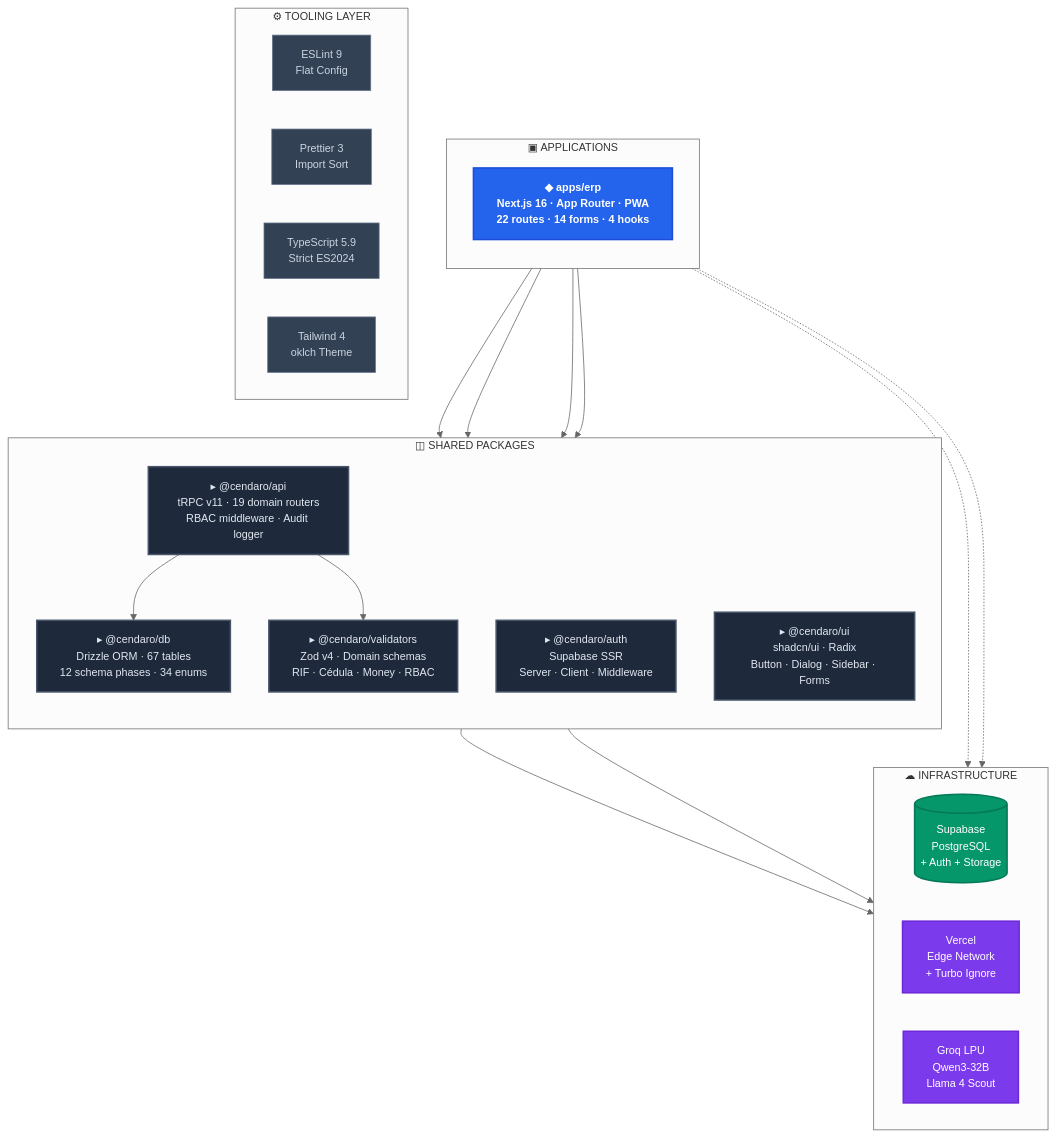
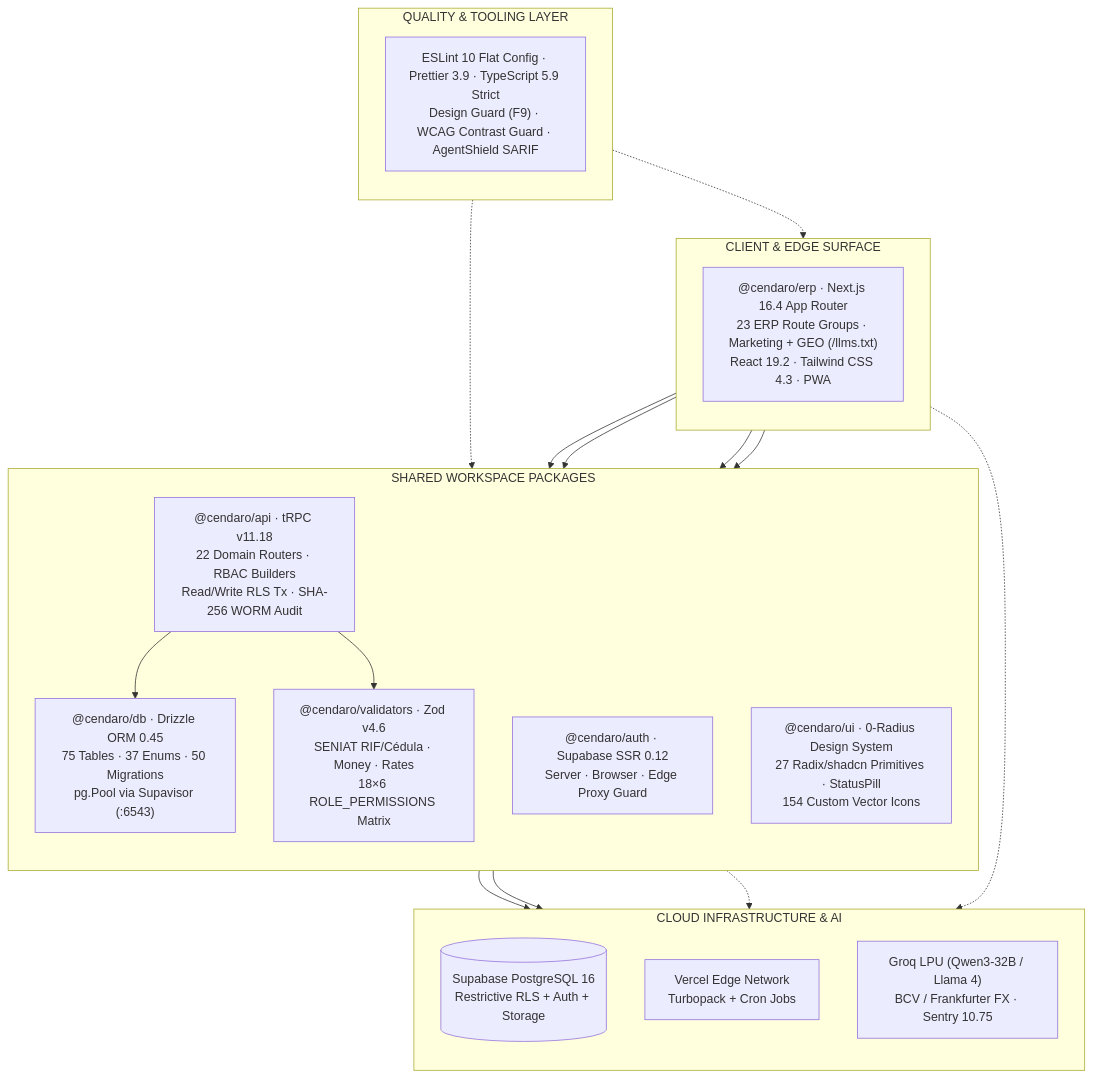
The first of 8 diagrams in README.md (jesusjosezapata99-jpg/Cendaro), drawn with Mermaid before and after one commit. The commit also changed other lines of this file and 49 other files, not shown here.

````diff
--- a/README.md
+++ b/README.md
@@ -123,50 +187,41 @@
 ```mermaid
-%%{init: {'theme': 'neutral', 'themeVariables': {'fontSize': '14px'}}}%%
-
-graph TB
-  classDef app fill:#2463eb,stroke:#1d4ed8,color:#fff,stroke-width:2px,font-weight:bold
-  classDef pkg fill:#1e293b,stroke:#475569,color:#e2e8f0,stroke-width:2px
-  classDef tool fill:#334155,stroke:#64748b,color:#cbd5e1,stroke-width:1px
-  classDef infra fill:#059669,stroke:#047857,color:#fff,stroke-width:2px
-  classDef external fill:#7c3aed,stroke:#6d28d9,color:#fff,stroke-width:2px
-
-  subgraph APPS["▣  APPLICATIONS"]
+flowchart TB
+  subgraph CLIENT["CLIENT & EDGE SURFACE"]
     direction TB
-    ERP["◆ apps/erp\nNext.js 16 · App Router · PWA\n22 routes · 14 forms · 4 hooks"]:::app
+    ERP["@cendaro/erp · Next.js 16.4 App Router<br/>23 ERP Route Groups · Marketing + GEO (/llms.txt)<br/>React 19.2 · Tailwind CSS 4.3 · PWA"]
   end
 
-  subgraph PACKAGES["◫  SHARED PACKAGES"]
+  subgraph PACKAGES["SHARED WORKSPACE PACKAGES"]
     direction TB
-    API["▸ @cendaro/api\ntRPC v11 · 19 domain routers\nRBAC middleware · Audit logger"]:::pkg
-    DB["▸ @cendaro/db\nDrizzle ORM · 67 tables\n12 schema phases · 34 enums"]:::pkg
-    AUTH["▸ @cendaro/auth\nSupabase SSR\nServer · Client · Middleware"]:::pkg
-    UI["▸ @cendaro/ui\nshadcn/ui · Radix\nButton · Dialog · Sidebar · Forms"]:::pkg
-    VAL["▸ @cendaro/validators\nZod v4 · Domain schemas\nRIF · Cédula · Money · RBAC"]:::pkg
+    API["@cendaro/api · tRPC v11.18<br/>22 Domain Routers · RBAC Builders<br/>Read/Write RLS Tx · SHA-256 WORM Audit"]
+    AUTH["@cendaro/auth · Supabase SSR 0.12<br/>Server · Browser · Edge Proxy Guard"]
+    DB["@cendaro/db · Drizzle ORM 0.45<br/>75 Tables · 37 Enums · 50 Migrations<br/>pg.Pool via Supavisor (:6543)"]
+    UI["@cendaro/ui · 0-Radius Design System<br/>27 Radix/shadcn Primitives · StatusPill<br/>154 Custom Vector Icons"]
+    VAL["@cendaro/validators · Zod v4.6<br/>SENIAT RIF/Cédula · Money · Rates<br/>18×6 ROLE_PERMISSIONS Matrix"]
   end
 
-  subgraph TOOLING["⚙  TOOLING LAYER"]
-    direction LR
-    T1["ESLint 9\nFlat Config"]:::tool
-    T2["Prettier 3\nImport Sort"]:::tool
-    T3["TypeScript 5.9\nStrict ES2024"]:::tool
-    T4["Tailwind 4\noklch Theme"]:::tool
+  subgraph TOOLING["QUALITY & TOOLING LAYER"]
+    direction TB
+    QA["ESLint 10 Flat Config · Prettier 3.9 · TypeScript 5.9 Strict<br/>Design Guard (F9) · WCAG Contrast Guard · AgentShield SARIF"]
   end
 
-  subgraph INFRA["☁  INFRASTRUCTURE"]
-    direction LR
-    SB[("Supabase\nPostgreSQL\n+ Auth + Storage")]:::infra
-    VCL["Vercel\nEdge Network\n+ Turbo Ignore"]:::external
-    GROQ["Groq LPU\nQwen3-32B\nLlama 4 Scout"]:::external
+  subgraph INFRA["CLOUD INFRASTRUCTURE & AI"]
+    direction TB
+    SUPA[("Supabase PostgreSQL 16<br/>Restrictive RLS + Auth + Storage")]
+    VCL["Vercel Edge Network<br/>Turbopack + Cron Jobs"]
+    EXT["Groq LPU (Qwen3-32B / Llama 4)<br/>BCV / Frankfurter FX · Sentry 10.75"]
   end
 
   ERP --> API
   ERP --> AUTH
   ERP --> UI
   ERP --> VAL
   API --> DB
   API --> VAL
-  DB --> SB
-  AUTH --> SB
+  DB --> SUPA
+  AUTH --> SUPA
   ERP -.-> VCL
-  ERP -.-> GROQ
+  API -.-> EXT
+  QA -.-> ERP
+  QA -.-> PACKAGES
 ```
````
